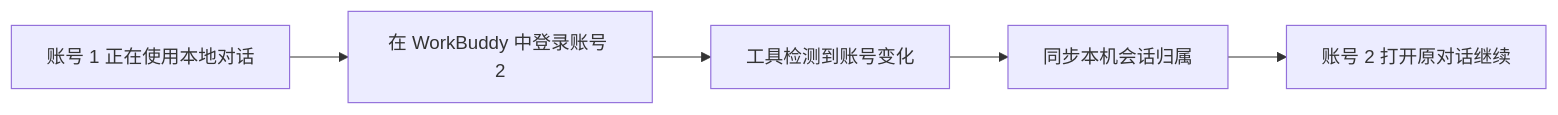
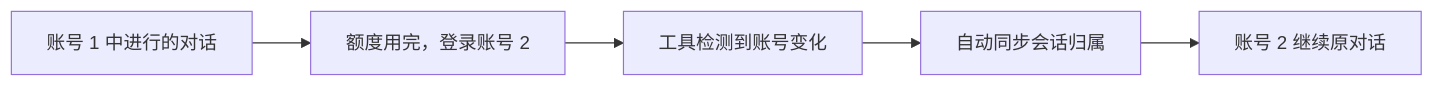
The diagram in README.md (xytss/workbuddy-session-sync), drawn with Mermaid before and after one commit. The commit also changed other lines of this file, not shown here.

````diff
--- a/README.md
+++ b/README.md
@@ -30,7 +36,7 @@
 ```mermaid
 flowchart LR
-    A[账号 1 正在使用本地对话] --> B[在 WorkBuddy 中登录账号 2]
+    A[账号 1 中进行的对话] --> B[额度用完，登录账号 2]
     B --> C[工具检测到账号变化]
-    C --> D[同步本机会话归属]
-    D --> E[账号 2 打开原对话继续]
+    C --> D[自动同步会话归属]
+    D --> E[账号 2 继续原对话]
 ```
````
